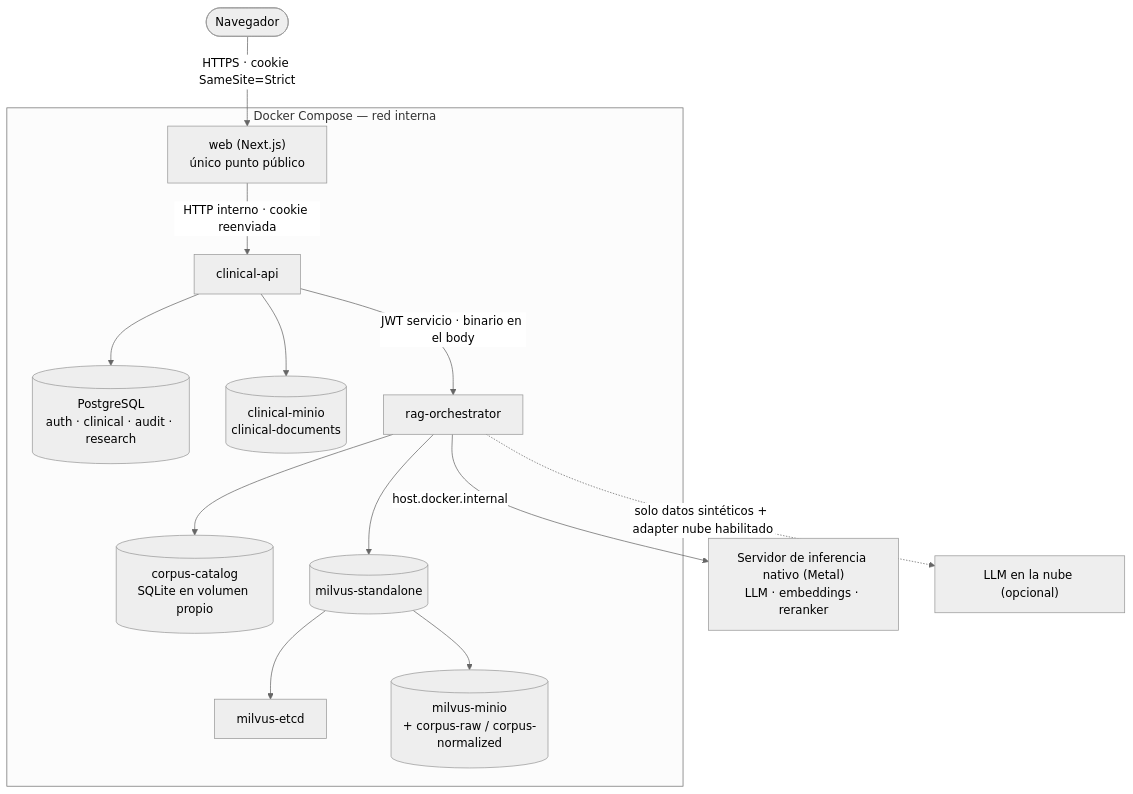
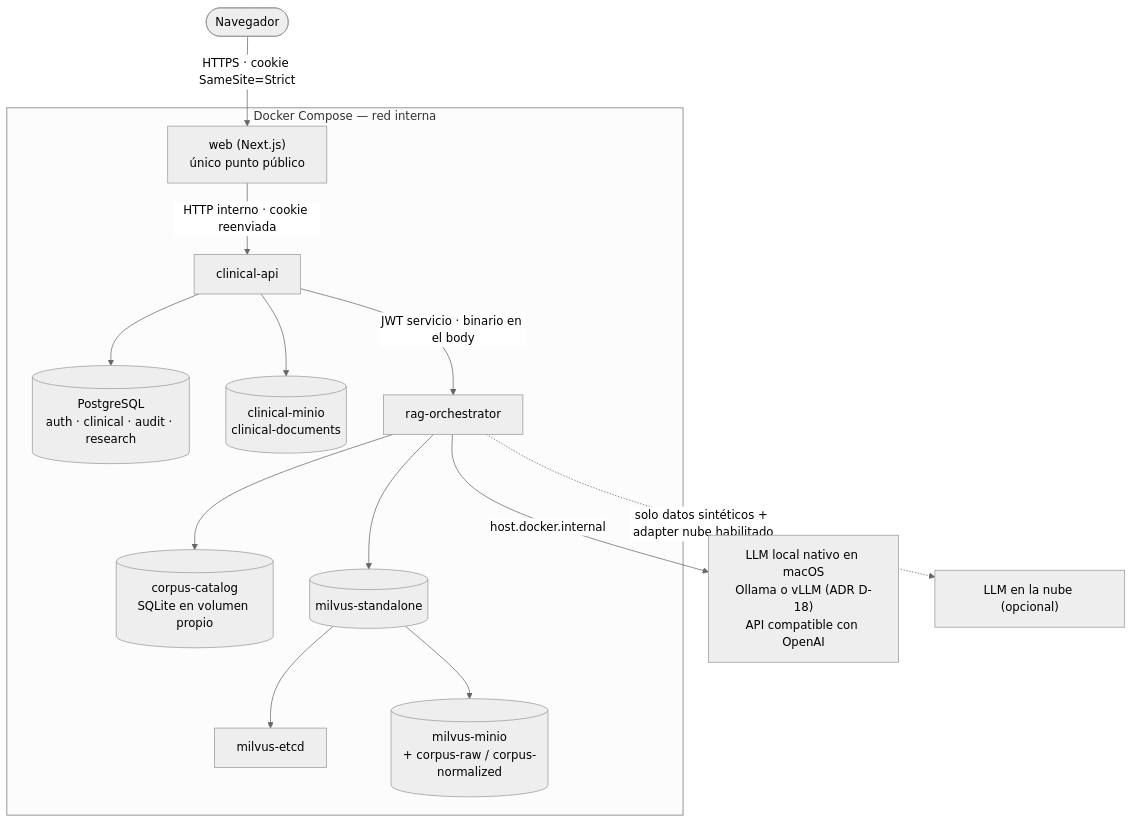
Before and after one commit to hatrickmario/OncoLens-Lab: the third of 4 diagrams in docs/review/propuesta-de-solucion.md, drawn with Mermaid (neutral theme). The commit also changed other lines of this file and 1 other file, not shown here.

First line of the commit message:
Apply inference runtime, local-model ADR and minimal research-history decisions

````diff
--- a/docs/review/propuesta-de-solucion.md
+++ b/docs/review/propuesta-de-solucion.md
@@ -408,16 +435,16 @@
 ```mermaid
 flowchart TD
     Browser(["Navegador"]) -- "HTTPS · cookie SameSite=Strict" --> Web["web (Next.js)<br/>único punto público"]
     subgraph Compose["Docker Compose — red interna"]
         Web -- "HTTP interno · cookie reenviada" --> BE1["clinical-api"]
         BE1 --> PG[("PostgreSQL<br/>auth · clinical · audit · research")]
         BE1 --> CMINIO[("clinical-minio<br/>clinical-documents")]
         BE1 -- "JWT servicio · binario en el body" --> BE2["rag-orchestrator"]
         BE2 --> CAT[("corpus-catalog<br/>SQLite en volumen propio")]
         BE2 --> MV[("milvus-standalone")]
         MV --> ETCD["milvus-etcd"]
         MV --> MMINIO[("milvus-minio<br/>+ corpus-raw / corpus-normalized")]
     end
-    BE2 -- "host.docker.internal" --> INF["Servidor de inferencia nativo (Metal)<br/>LLM · embeddings · reranker"]
+    BE2 -- "host.docker.internal" --> INF["LLM local nativo en macOS<br/>Ollama o vLLM (ADR D-18)<br/>API compatible con OpenAI"]
     BE2 -. "solo datos sintéticos + adapter nube habilitado" .-> CLOUD["LLM en la nube (opcional)"]
 ```
````
